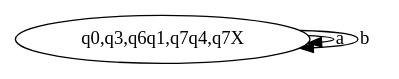
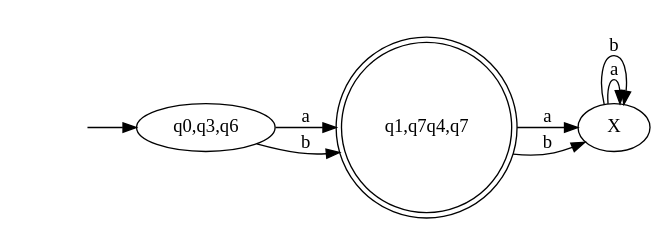
The diagram in step3.gv (Squarific/TalenEnAutomaten), drawn with Graphviz before and after one commit. The commit also changed 3 other files, not shown here.

```diff
--- a/step3.gv
+++ b/step3.gv
@@ -1,4 +1,12 @@
-digraph "first_DFA" {
-	"q0,q3,q6q1,q7q4,q7X" -> "q0,q3,q6q1,q7q4,q7X" [label="a"]
-	"q0,q3,q6q1,q7q4,q7X" -> "q0,q3,q6q1,q7q4,q7X" [label="b"]
+digraph "new_DFA" {
+	rankdir=LR
+	-1[style="invis"];
+	-1->"q0,q3,q6";
+	"q0,q3,q6" -> "q1,q7q4,q7" [label="a"]
+	"q0,q3,q6" -> "q1,q7q4,q7" [label="b"]
+	"q1,q7q4,q7" -> "X" [label="a"]
+	"q1,q7q4,q7" -> "X" [label="b"]
+	"X" -> "X" [label="a"]
+	"X" -> "X" [label="b"]
+	"q1,q7q4,q7"[shape="doublecircle"];
 }
```
